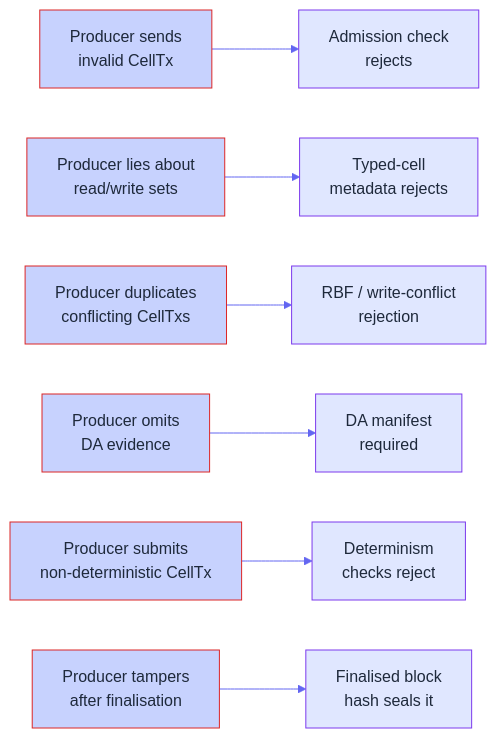
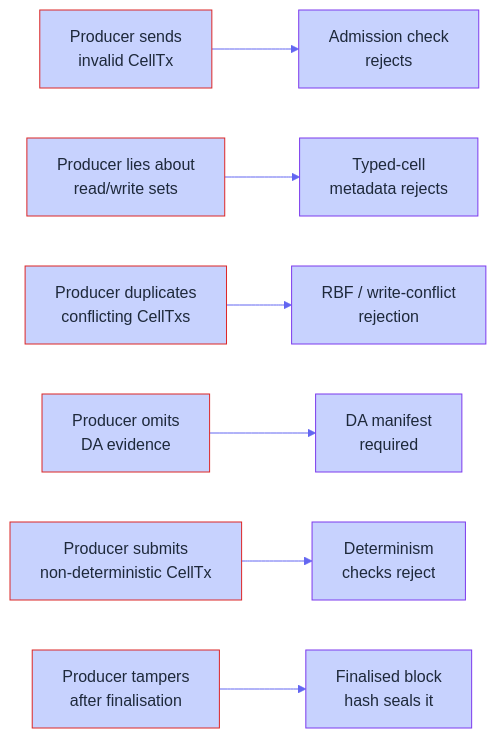
The first of 2 diagrams in docs/security/threat-model.md (Myelin-Labs/Myelin), drawn with Mermaid before and after one commit. The commit also changed other lines of this file and 31 other files, not shown here.

````diff
--- a/docs/security/threat-model.md
+++ b/docs/security/threat-model.md
@@ -10,37 +10,37 @@
 ```mermaid
 %%{init: {
   "theme": "base",
   "themeVariables": {
-    "primaryColor": "#EEF2FF",
+    "primaryColor": "#A5B4FC",
     "primaryTextColor": "#1E293B",
     "primaryBorderColor": "#4F46E5",
     "lineColor": "#6366F1",
-    "secondaryColor": "#E0E7FF",
+    "secondaryColor": "#C7D2FE",
     "tertiaryColor": "#C7D2FE"
   }
 }}%%
 flowchart LR
     A["Producer sends<br/>invalid CellTx"]:::threat
     B["Producer lies about<br/>read/write sets"]:::threat
     C["Producer duplicates<br/>conflicting CellTxs"]:::threat
     D["Producer omits<br/>DA evidence"]:::threat
     E["Producer submits<br/>non-deterministic CellTx"]:::threat
     F["Producer tampers<br/>after finalisation"]:::threat
 
     P1["Admission check<br/>rejects"]:::def
     P2["Typed-cell<br/>metadata rejects"]:::def
     P3["RBF / write-conflict<br/>rejection"]:::def
     P4["DA manifest<br/>required"]:::def
     P5["Determinism<br/>checks reject"]:::def
     P6["Finalised block<br/>hash seals it"]:::def
 
     A --> P1
     B --> P2
     C --> P3
     D --> P4
     E --> P5
     F --> P6
 
     classDef threat fill:#C7D2FE,stroke:#DC2626,color:#1E293B;
-    classDef def    fill:#E0E7FF,stroke:#7C3AED,color:#1E293B;
+    classDef def    fill:#C7D2FE,stroke:#7C3AED,color:#1E293B;
 ```
````
